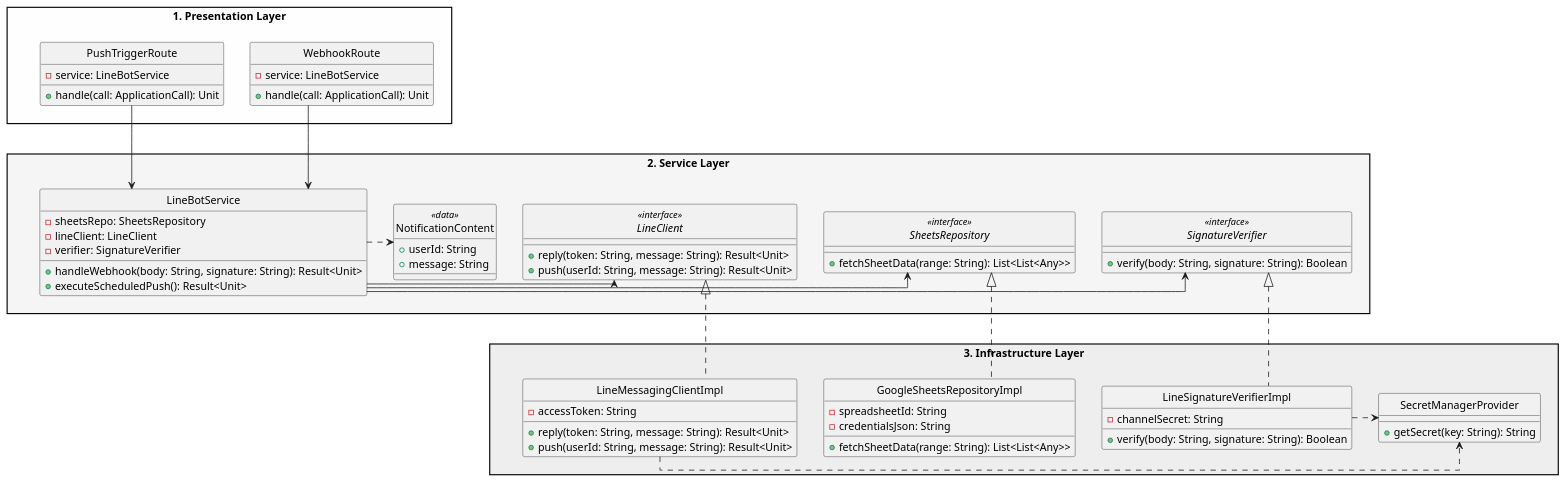
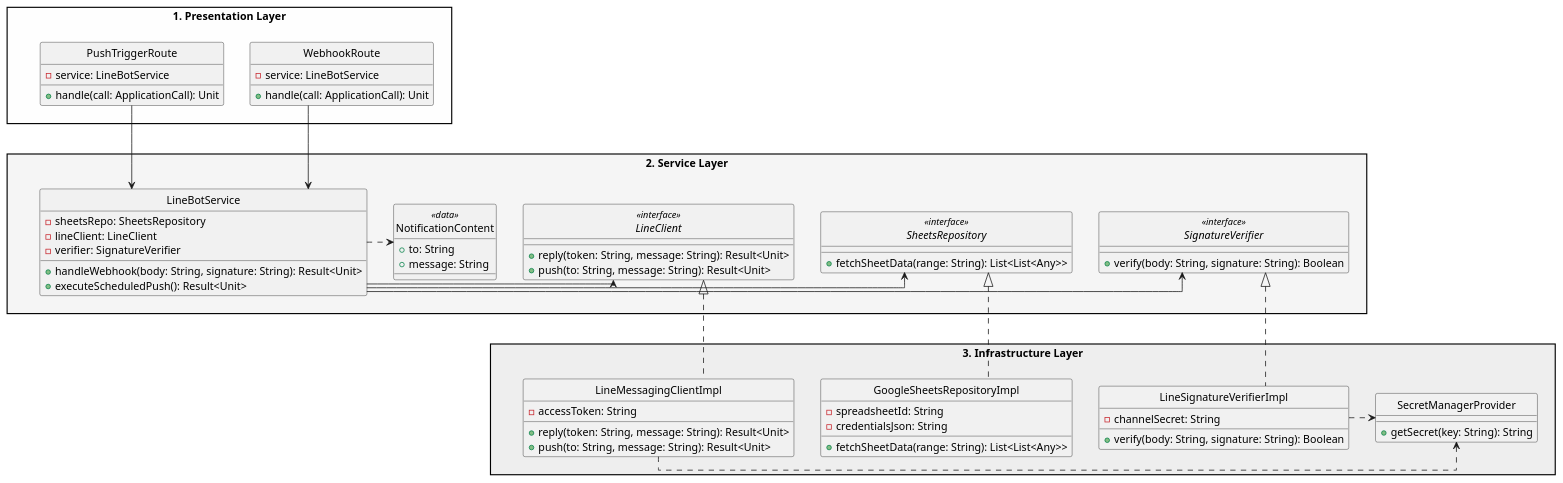
The diagram in docs/designs/images/class_diagram.puml (sallyluenoa/FRLineAgent), drawn with PlantUML before and after one commit. The commit also changed 1 other file, not shown here.

```diff
--- a/docs/designs/images/class_diagram.puml
+++ b/docs/designs/images/class_diagram.puml
@@ -1,94 +1,94 @@
 @startuml
 ' --- Configuration ---
 skinparam style strictuml
 skinparam linetype ortho
 skinparam packageStyle rectangle
 top to bottom direction
 
 ' --- Presentation Layer ---
 package "1. Presentation Layer" as Presentation #FEFEFE {
     class WebhookRoute {
         - service: LineBotService
         + handle(call: ApplicationCall): Unit
     }
     class PushTriggerRoute {
         - service: LineBotService
         + handle(call: ApplicationCall): Unit
     }
 }
 
 ' --- Service Layer ---
 package "2. Service Layer" as Service #F5F5F5 {
     class LineBotService {
         - sheetsRepo: SheetsRepository
         - lineClient: LineClient
         - verifier: SignatureVerifier
         + handleWebhook(body: String, signature: String): Result<Unit>
         + executeScheduledPush(): Result<Unit>
     }
 
     interface SignatureVerifier <<interface>> {
         + verify(body: String, signature: String): Boolean
     }
 
     interface SheetsRepository <<interface>> {
         + fetchSheetData(range: String): List<List<Any>>
     }
 
     interface LineClient <<interface>> {
         + reply(token: String, message: String): Result<Unit>
-        + push(userId: String, message: String): Result<Unit>
+        + push(to: String, message: String): Result<Unit>
     }
 
     class NotificationContent <<data>> {
-        + userId: String
+        + to: String
         + message: String
     }
 }
 
 ' --- Infrastructure Layer ---
 package "3. Infrastructure Layer" as Infra #EEEEEE {
     class LineSignatureVerifierImpl {
         - channelSecret: String
         + verify(body: String, signature: String): Boolean
     }
     class GoogleSheetsRepositoryImpl {
         - spreadsheetId: String
         - credentialsJson: String
         + fetchSheetData(range: String): List<List<Any>>
     }
     class LineMessagingClientImpl {
         - accessToken: String
         + reply(token: String, message: String): Result<Unit>
-        + push(userId: String, message: String): Result<Unit>
+        + push(to: String, message: String): Result<Unit>
     }
     class SecretManagerProvider {
         + getSecret(key: String): String
     }
 }
 
 ' --- Layout Constraints (Hidden Links) ---
 Presentation -[hidden]down-> Service
 Service -[hidden]down-> Infra
 
 ' --- Real Relationships ---
 ' Presentation -> Service
 WebhookRoute -down-> LineBotService
 PushTriggerRoute -down-> LineBotService
 
 ' Service Logic Dependencies
 LineBotService -right-> SignatureVerifier
 LineBotService -right-> SheetsRepository
 LineBotService -right-> LineClient
 LineBotService .right.> NotificationContent
 
 ' Dependency Inversion: Infra implements Service Interfaces
 LineSignatureVerifierImpl .up.|> SignatureVerifier
 GoogleSheetsRepositoryImpl .up.|> SheetsRepository
 LineMessagingClientImpl .up.|> LineClient
 
 ' Internal Infra usage
 LineMessagingClientImpl .right.> SecretManagerProvider
 LineSignatureVerifierImpl .right.> SecretManagerProvider
 
 @enduml
```
